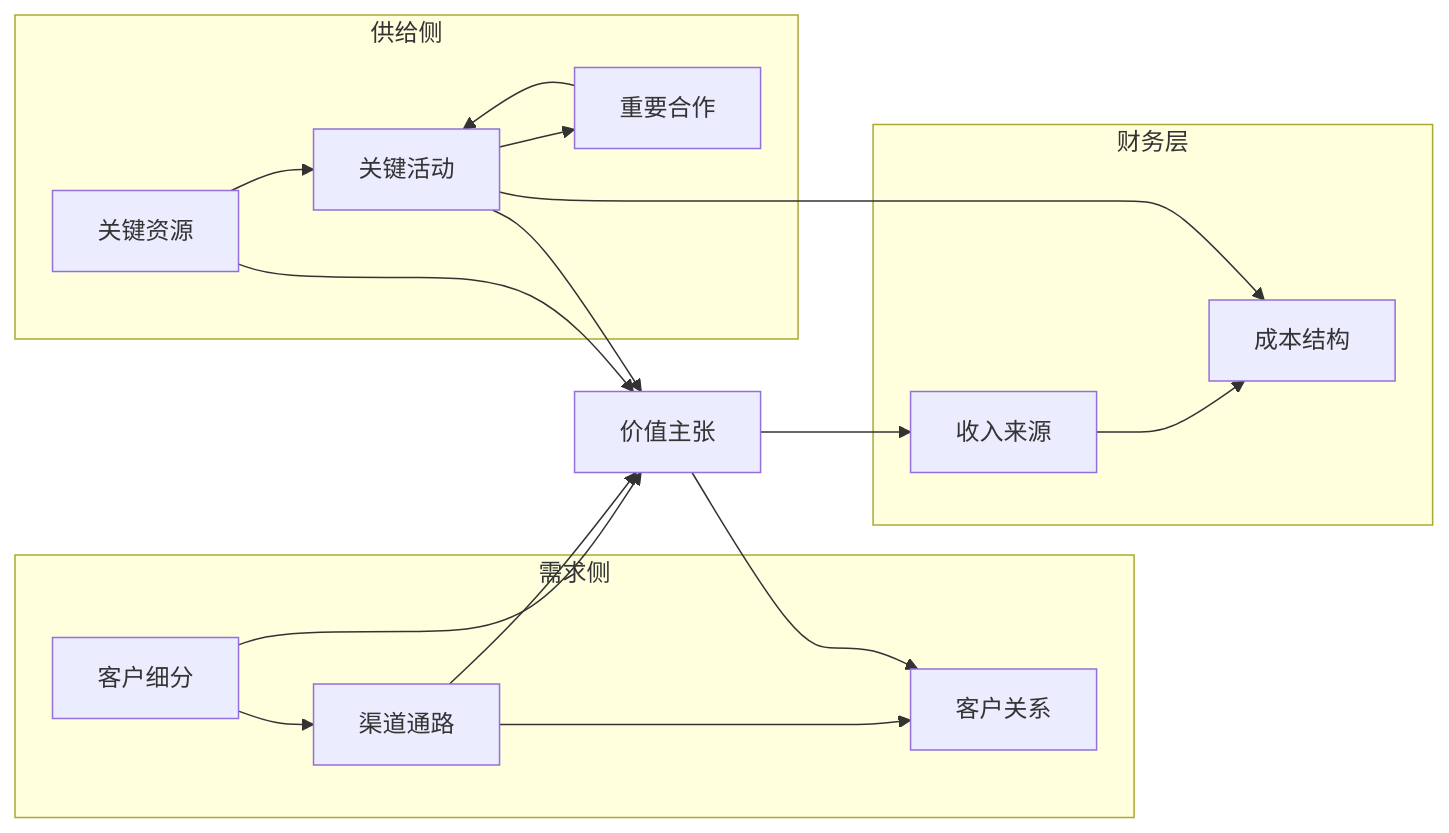
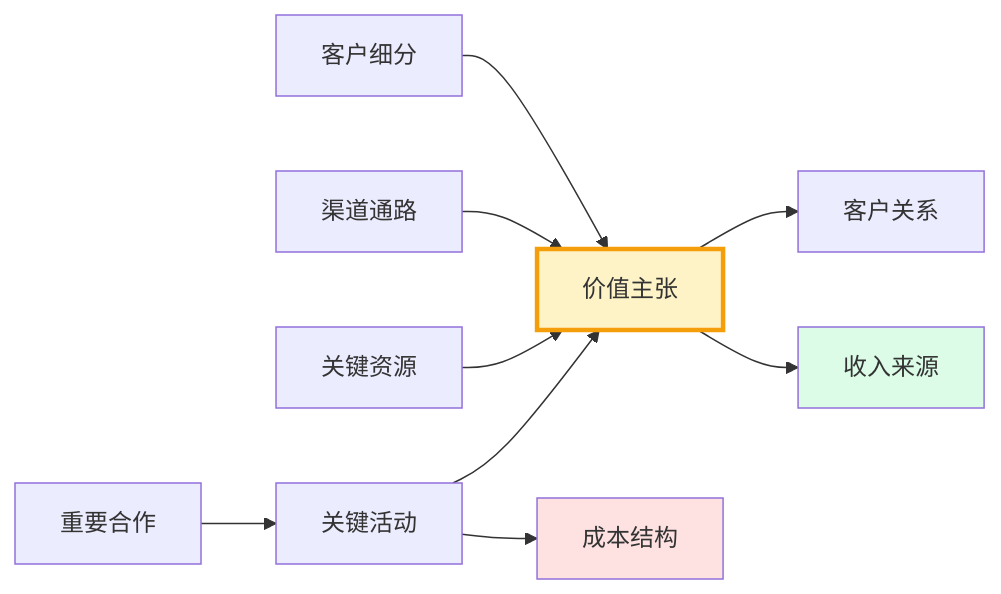
One commit to zrxparley/business-model-canvas-agents changed the first of 2 diagrams in README.md. Above: the diagram before and after it, drawn with Mermaid. The commit also changed 1 other file, not shown here.

Commit message:
fix: README BMC 9 宫格图重写为扁平化结构
🐛 移除 GitHub mermaid 渲染器不支持的中文嵌套 subgraph
🔧 改用扁平节点 + 直接箭头表达因果关系
🎨 保留视觉重点高亮（VP 焦点、RS/CST 色彩）

````diff
--- a/README.md
+++ b/README.md
@@ -123,21 +123,14 @@
 ```mermaid
 flowchart LR
-    subgraph 需求侧
-        CS[客户细分] --> CH[渠道通路] --> CR[客户关系]
-    end
-    VP[价值主张]
-    subgraph 供给侧
-        KR[关键资源] --> KA[关键活动] --> KP[重要合作]
-    end
-    subgraph 财务层
-        RS[收入来源] --> CST[成本结构]
-    end
-    CS --> VP
-    CH --> VP
-    KR --> VP
-    KA --> VP
-    VP --> CR
-    VP --> RS
-    KP --> KA
-    KA --> CST
+    CS[客户细分] --> VP[价值主张]
+    CH[渠道通路] --> VP
+    KR[关键资源] --> VP
+    KA[关键活动] --> VP
+    VP --> CR[客户关系]
+    VP --> RS[收入来源]
+    KP[重要合作] --> KA
+    KA --> CST[成本结构]
+    style VP fill:#fef3c7,stroke:#f59e0b,stroke-width:3px
+    style RS fill:#dcfce7
+    style CST fill:#fee2e2
 ```
````
